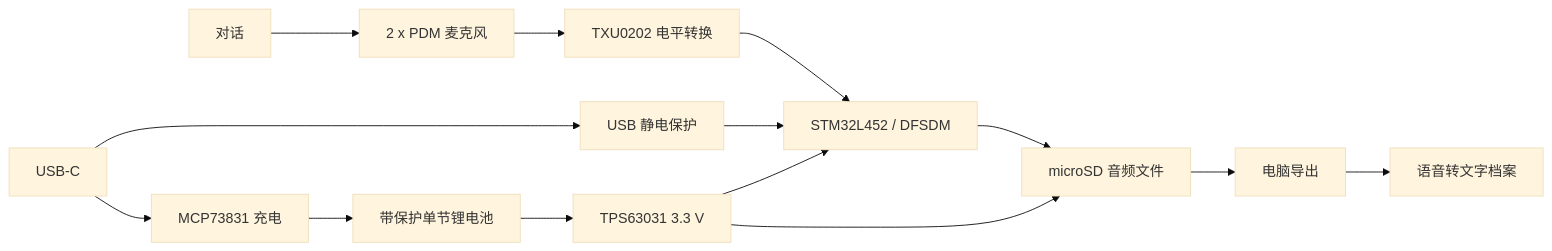
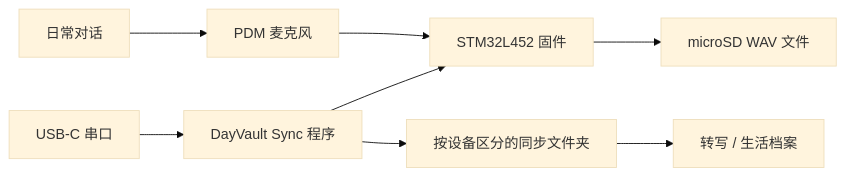
Before and after one commit to Ha22yX/DayVault: the diagram in README.zh-CN.md, drawn with Mermaid (base theme). The commit also changed other lines of this file and 4 other files, not shown here.

````diff
--- a/README.zh-CN.md
+++ b/README.zh-CN.md
@@ -79,16 +142,10 @@
 ```mermaid
 flowchart LR
-    Speech["对话"] --> Mic["2 x PDM 麦克风"]
-    Mic --> Shift["TXU0202 电平转换"]
-    Shift --> MCU["STM32L452 / DFSDM"]
-    MCU --> SD["microSD 音频文件"]
-    USB["USB-C"] --> ESD["USB 静电保护"]
-    ESD --> MCU
-    USB --> Charger["MCP73831 充电"]
-    Charger --> Battery["带保护单节锂电池"]
-    Battery --> Power["TPS63031 3.3 V"]
-    Power --> MCU
-    Power --> SD
-    SD --> Host["电脑导出"]
-    Host --> Archive["语音转文字档案"]
+    Speech["日常对话"] --> Mic["PDM 麦克风"]
+    Mic --> MCU["STM32L452 固件"]
+    MCU --> SD["microSD WAV 文件"]
+    USB["USB-C 串口"] --> Host["DayVault Sync 程序"]
+    Host --> Folder["按设备区分的同步文件夹"]
+    Folder --> Archive["转写 / 生活档案"]
+    Host --> MCU
 ```
````
